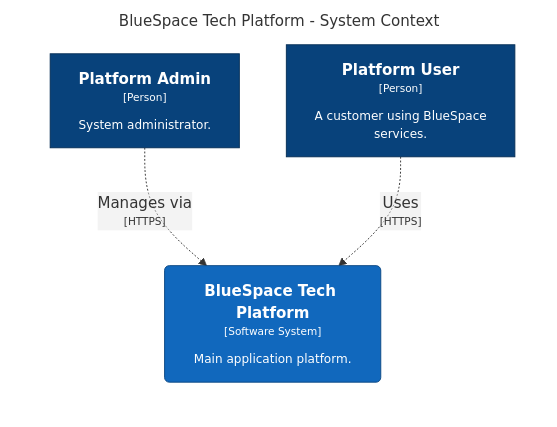
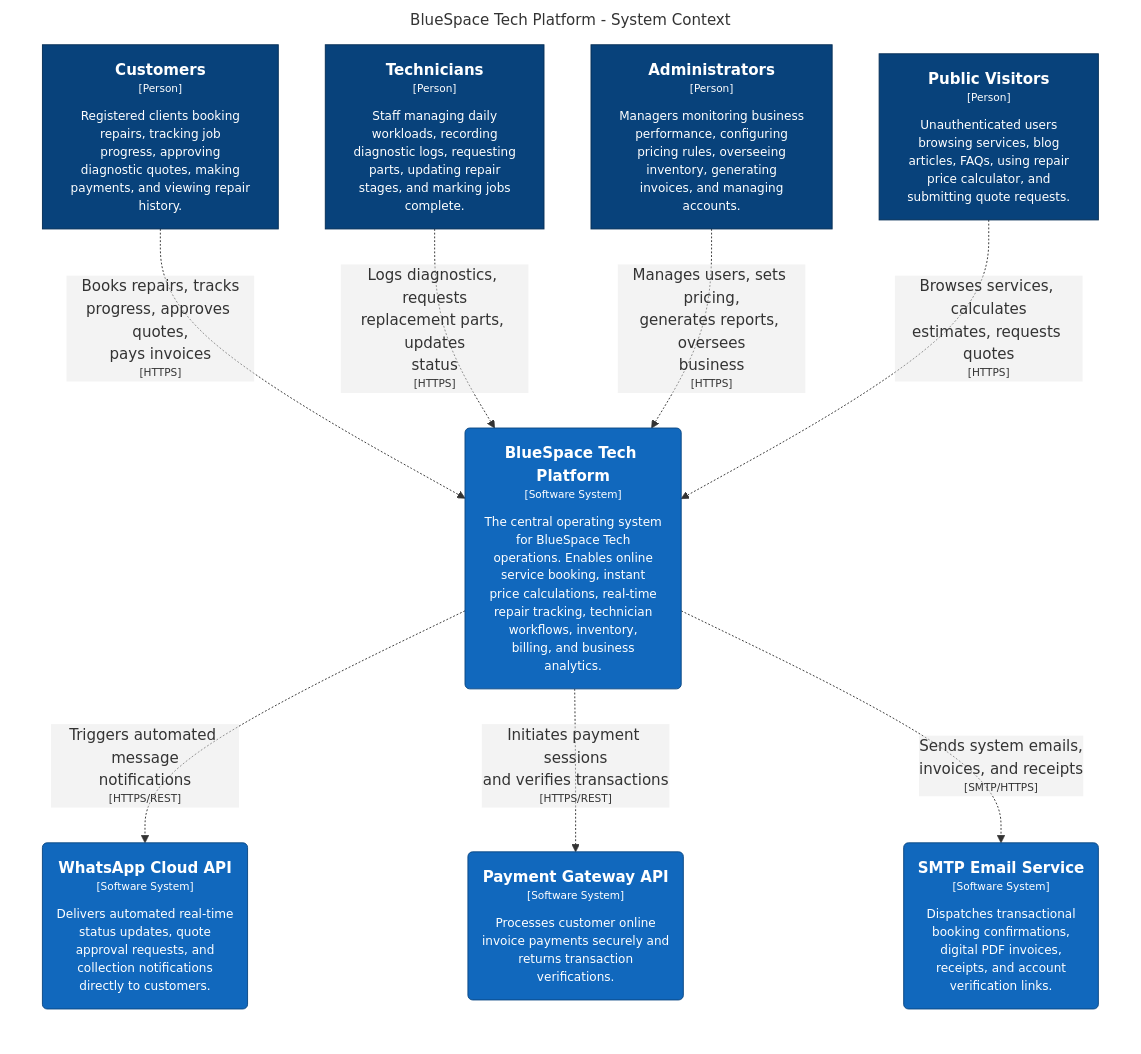
One commit to Luxolo2200/bluespace-tech-platform changed the diagram in docs/architecture/diagrams/structurizr-SystemContext.mmd. Above: the diagram before and after it, drawn with Mermaid. The commit also changed 1 other file, not shown here.

Commit message:
chore(docs): auto-generate updated mermaid .mmd and .png diagrams

```diff
--- a/docs/architecture/diagrams/structurizr-SystemContext.mmd
+++ b/docs/architecture/diagrams/structurizr-SystemContext.mmd
@@ -1,16 +1,31 @@
 graph LR
   linkStyle default fill:#ffffff
 
   subgraph diagram ["BlueSpace Tech Platform - System Context"]
     style diagram fill:#ffffff,stroke:#ffffff
 
-    1["<div style='font-weight: bold'>Platform User</div><div style='font-size: 70%; margin-top: 0px'>[Person]</div><div style='font-size: 80%; margin-top:10px'>A customer using BlueSpace<br />services.</div>"]
+    1["<div style='font-weight: bold'>Public Visitors</div><div style='font-size: 70%; margin-top: 0px'>[Person]</div><div style='font-size: 80%; margin-top:10px'>Unauthenticated users<br />browsing services, blog<br />articles, FAQs, using repair<br />price calculator, and<br />submitting quote requests.</div>"]
     style 1 fill:#08427b,stroke:#052e56,color:#ffffff
-    2["<div style='font-weight: bold'>Platform Admin</div><div style='font-size: 70%; margin-top: 0px'>[Person]</div><div style='font-size: 80%; margin-top:10px'>System administrator.</div>"]
+    2["<div style='font-weight: bold'>Customers</div><div style='font-size: 70%; margin-top: 0px'>[Person]</div><div style='font-size: 80%; margin-top:10px'>Registered clients booking<br />repairs, tracking job<br />progress, approving<br />diagnostic quotes, making<br />payments, and viewing repair<br />history.</div>"]
     style 2 fill:#08427b,stroke:#052e56,color:#ffffff
-    3("<div style='font-weight: bold'>BlueSpace Tech Platform</div><div style='font-size: 70%; margin-top: 0px'>[Software System]</div><div style='font-size: 80%; margin-top:10px'>Main application platform.</div>")
-    style 3 fill:#1168bd,stroke:#0b4884,color:#ffffff
+    3["<div style='font-weight: bold'>Technicians</div><div style='font-size: 70%; margin-top: 0px'>[Person]</div><div style='font-size: 80%; margin-top:10px'>Staff managing daily<br />workloads, recording<br />diagnostic logs, requesting<br />parts, updating repair<br />stages, and marking jobs<br />complete.</div>"]
+    style 3 fill:#08427b,stroke:#052e56,color:#ffffff
+    4["<div style='font-weight: bold'>Administrators</div><div style='font-size: 70%; margin-top: 0px'>[Person]</div><div style='font-size: 80%; margin-top:10px'>Managers monitoring business<br />performance, configuring<br />pricing rules, overseeing<br />inventory, generating<br />invoices, and managing<br />accounts.</div>"]
+    style 4 fill:#08427b,stroke:#052e56,color:#ffffff
+    5("<div style='font-weight: bold'>BlueSpace Tech Platform</div><div style='font-size: 70%; margin-top: 0px'>[Software System]</div><div style='font-size: 80%; margin-top:10px'>The central operating system<br />for BlueSpace Tech<br />operations. Enables online<br />service booking, instant<br />price calculations, real-time<br />repair tracking, technician<br />workflows, inventory,<br />billing, and business<br />analytics.</div>")
+    style 5 fill:#1168bd,stroke:#0b4884,color:#ffffff
+    6("<div style='font-weight: bold'>WhatsApp Cloud API</div><div style='font-size: 70%; margin-top: 0px'>[Software System]</div><div style='font-size: 80%; margin-top:10px'>Delivers automated real-time<br />status updates, quote<br />approval requests, and<br />collection notifications<br />directly to customers.</div>")
+    style 6 fill:#1168bd,stroke:#0b4884,color:#ffffff
+    7("<div style='font-weight: bold'>Payment Gateway API</div><div style='font-size: 70%; margin-top: 0px'>[Software System]</div><div style='font-size: 80%; margin-top:10px'>Processes customer online<br />invoice payments securely and<br />returns transaction<br />verifications.</div>")
+    style 7 fill:#1168bd,stroke:#0b4884,color:#ffffff
+    8("<div style='font-weight: bold'>SMTP Email Service</div><div style='font-size: 70%; margin-top: 0px'>[Software System]</div><div style='font-size: 80%; margin-top:10px'>Dispatches transactional<br />booking confirmations,<br />digital PDF invoices,<br />receipts, and account<br />verification links.</div>")
+    style 8 fill:#1168bd,stroke:#0b4884,color:#ffffff
 
-    2-. "<div>Manages via</div><div style='font-size: 70%'>[HTTPS]</div>" .->3
-    1-. "<div>Uses</div><div style='font-size: 70%'>[HTTPS]</div>" .->3
+    2-. "<div>Books repairs, tracks<br />progress, approves quotes,<br />pays invoices</div><div style='font-size: 70%'>[HTTPS]</div>" .->5
+    3-. "<div>Logs diagnostics, requests<br />replacement parts, updates<br />status</div><div style='font-size: 70%'>[HTTPS]</div>" .->5
+    4-. "<div>Manages users, sets pricing,<br />generates reports, oversees<br />business</div><div style='font-size: 70%'>[HTTPS]</div>" .->5
+    5-. "<div>Triggers automated message<br />notifications</div><div style='font-size: 70%'>[HTTPS/REST]</div>" .->6
+    5-. "<div>Initiates payment sessions<br />and verifies transactions</div><div style='font-size: 70%'>[HTTPS/REST]</div>" .->7
+    5-. "<div>Sends system emails,<br />invoices, and receipts</div><div style='font-size: 70%'>[SMTP/HTTPS]</div>" .->8
+    1-. "<div>Browses services, calculates<br />estimates, requests quotes</div><div style='font-size: 70%'>[HTTPS]</div>" .->5
   end
```
